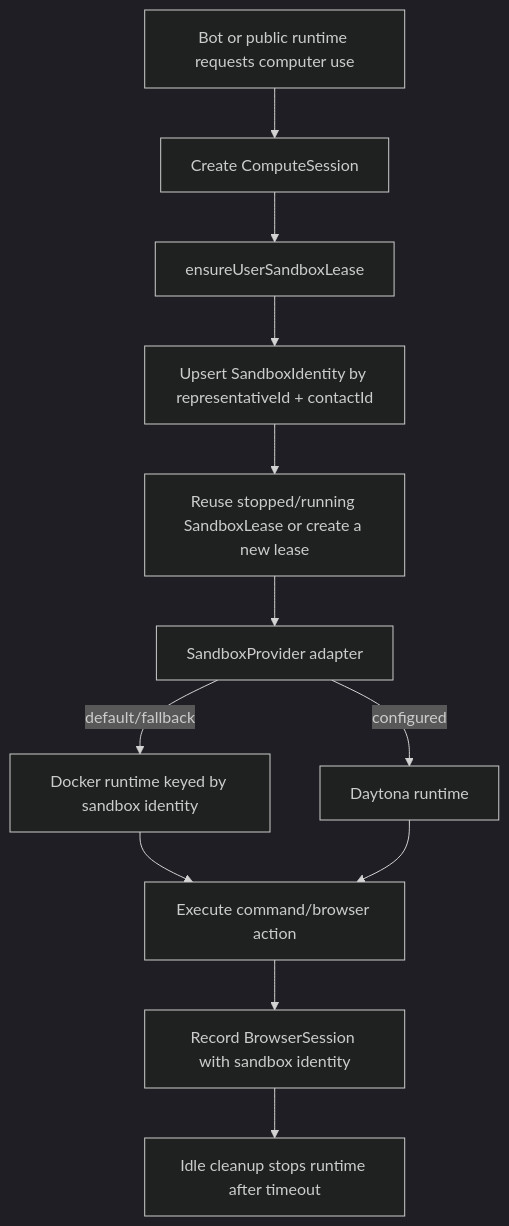
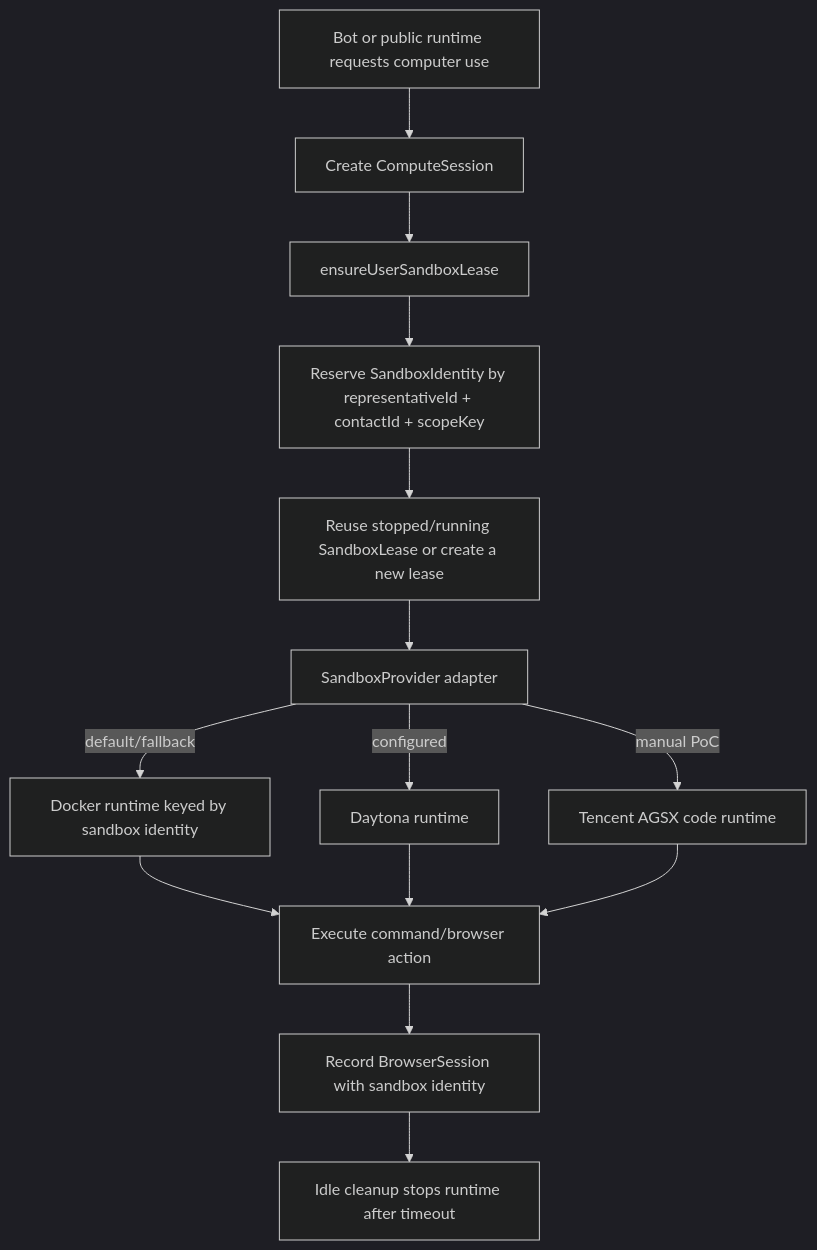
One commit to BIFNC-TEAM/Delegate changed the diagram in docs/per-user-sandbox-runtime.md. Above: the diagram before and after it, drawn with Mermaid (dark theme). The commit also changed other lines of this file and 90 other files, not shown here.

First line of the commit message:
feat: add Tencent sandbox routing for external agents

````diff
--- a/docs/per-user-sandbox-runtime.md
+++ b/docs/per-user-sandbox-runtime.md
@@ -21,14 +21,16 @@
 ```mermaid
 flowchart TD
     Bot["Bot or public runtime requests computer use"] --> CS["Create ComputeSession"]
     CS --> EUS["ensureUserSandboxLease"]
-    EUS --> SI["Upsert SandboxIdentity by representativeId + contactId"]
+    EUS --> SI["Reserve SandboxIdentity by representativeId + contactId + scopeKey"]
     SI --> SL["Reuse stopped/running SandboxLease or create a new lease"]
     SL --> SP["SandboxProvider adapter"]
     SP -->|"default/fallback"| Docker["Docker runtime keyed by sandbox identity"]
     SP -->|"configured"| Daytona["Daytona runtime"]
+    SP -->|"manual PoC"| Tencent["Tencent AGSX code runtime"]
     Docker --> EX["Execute command/browser action"]
     Daytona --> EX
+    Tencent --> EX
     EX --> BS["Record BrowserSession with sandbox identity"]
     BS --> IDLE["Idle cleanup stops runtime after timeout"]
 ```
````
